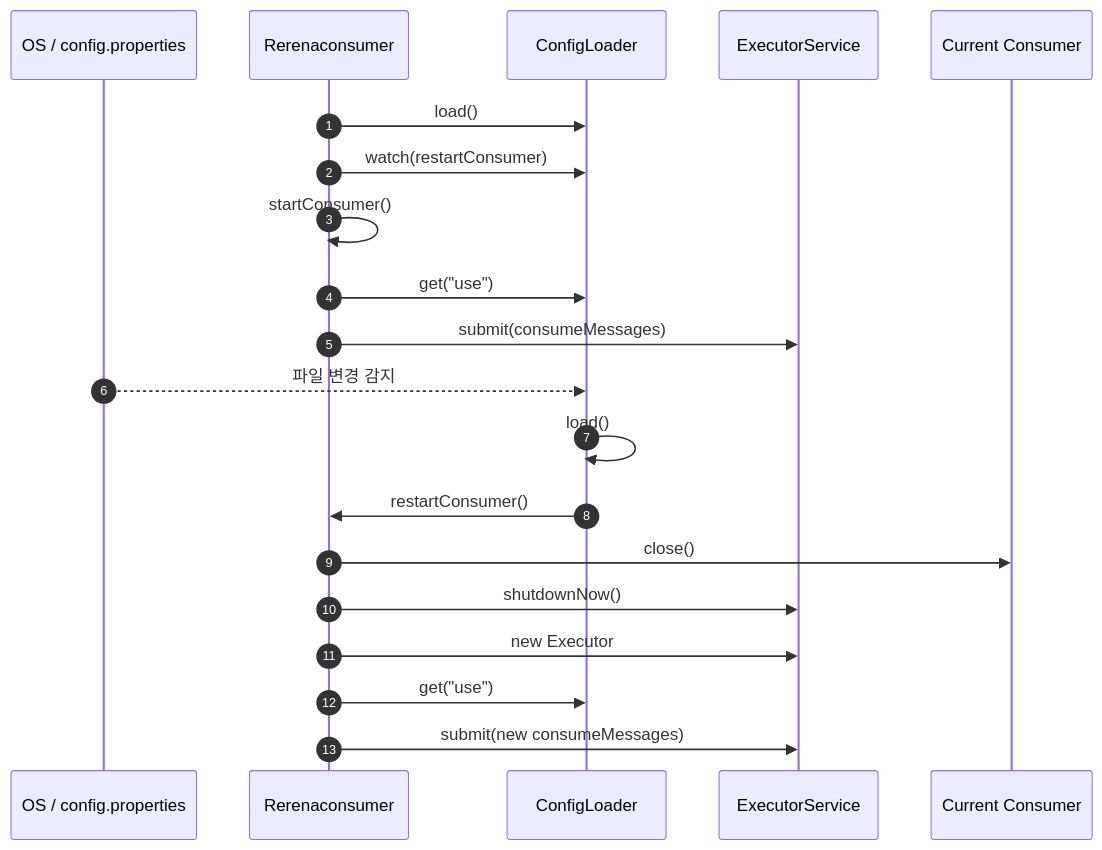
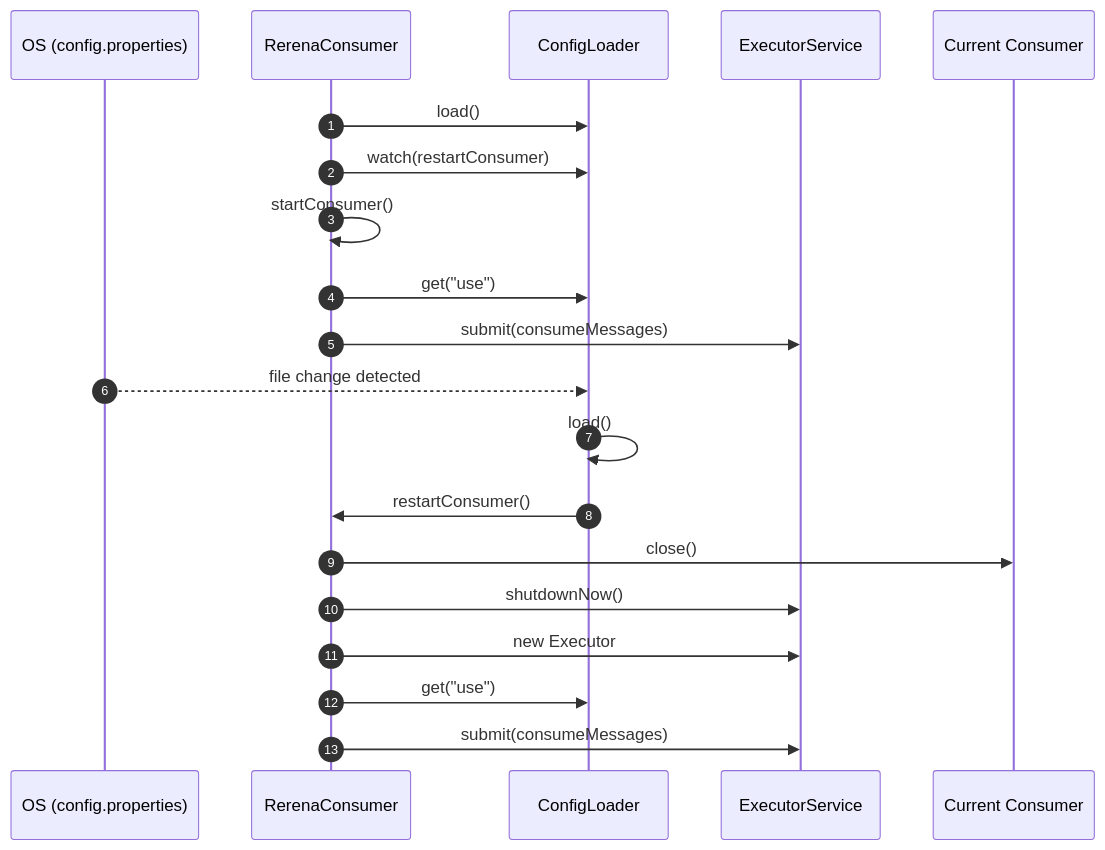
Before and after one commit to kxoals12/kxoals12.github.io: the second of 2 diagrams in _posts/2025-12-13-rerena-consumer.md, drawn with Mermaid. The commit also changed other lines of this file, not shown here.

```diff
--- a/_posts/2025-12-13-rerena-consumer.md
+++ b/_posts/2025-12-13-rerena-consumer.md
@@ -121,30 +117,29 @@
 <div class="mermaid">
 sequenceDiagram
     autonumber
-    participant OS as OS / config.properties
-    participant App as Rerenaconsumer
+
+    participant OS as OS (config.properties)
+    participant App as RerenaConsumer
     participant Config as ConfigLoader
     participant Exec as ExecutorService
     participant Consumer as Current Consumer
 
+    App->>Config: load()
+    App->>Config: watch(restartConsumer)
 
-App->>Config: load()
-App->>Config: watch(restartConsumer)
+    App->>App: startConsumer()
+    App->>Config: get("use")
+    App->>Exec: submit(consumeMessages)
 
-App->>App: startConsumer()
-App->>Config: get("use")
-App->>Exec: submit(consumeMessages)
+    OS-->>Config: file change detected
+    Config->>Config: load()
+    Config->>App: restartConsumer()
 
-OS-->>Config: 파일 변경 감지
-Config->>Config: load()
-Config->>App: restartConsumer()
+    App->>Consumer: close()
+    App->>Exec: shutdownNow()
 
-App->>Consumer: close()
-App->>Exec: shutdownNow()
-
-App->>Exec: new Executor
-App->>Config: get("use")
-App->>Exec: submit(new consumeMessages)
-
+    App->>Exec: new Executor
+    App->>Config: get("use")
+    App->>Exec: submit(consumeMessages)
 
 </div>
```
